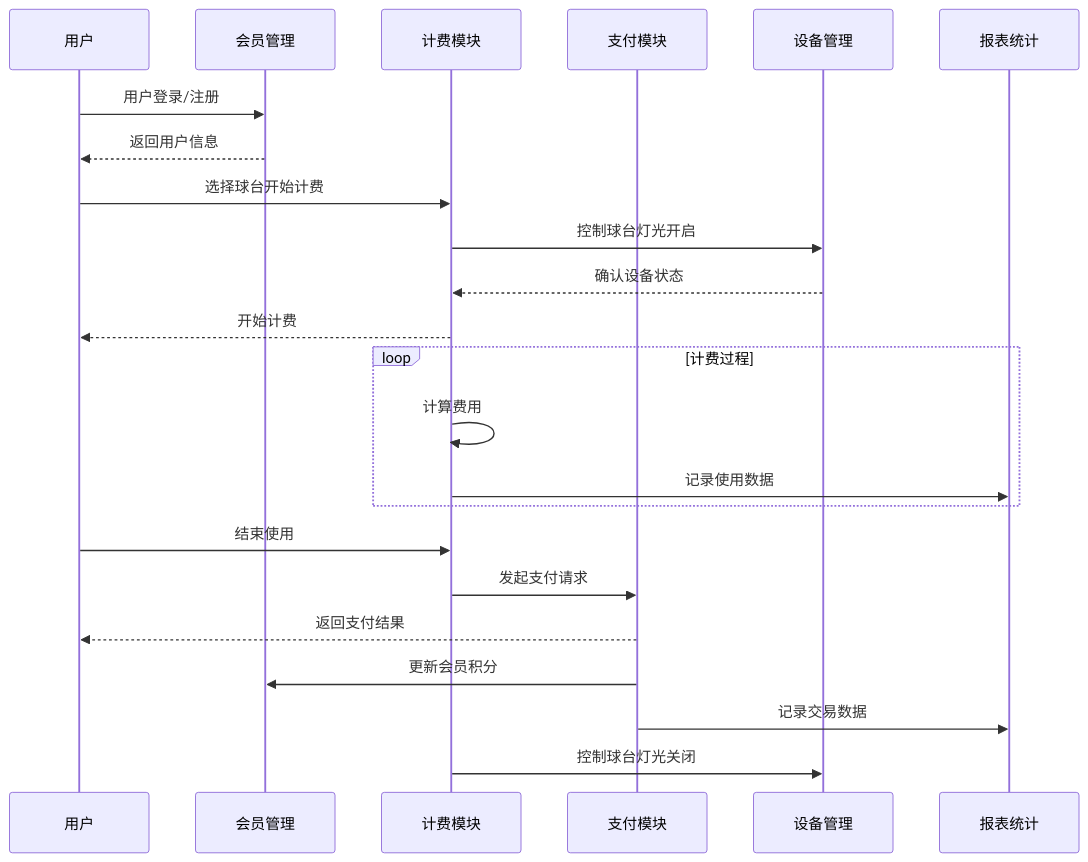
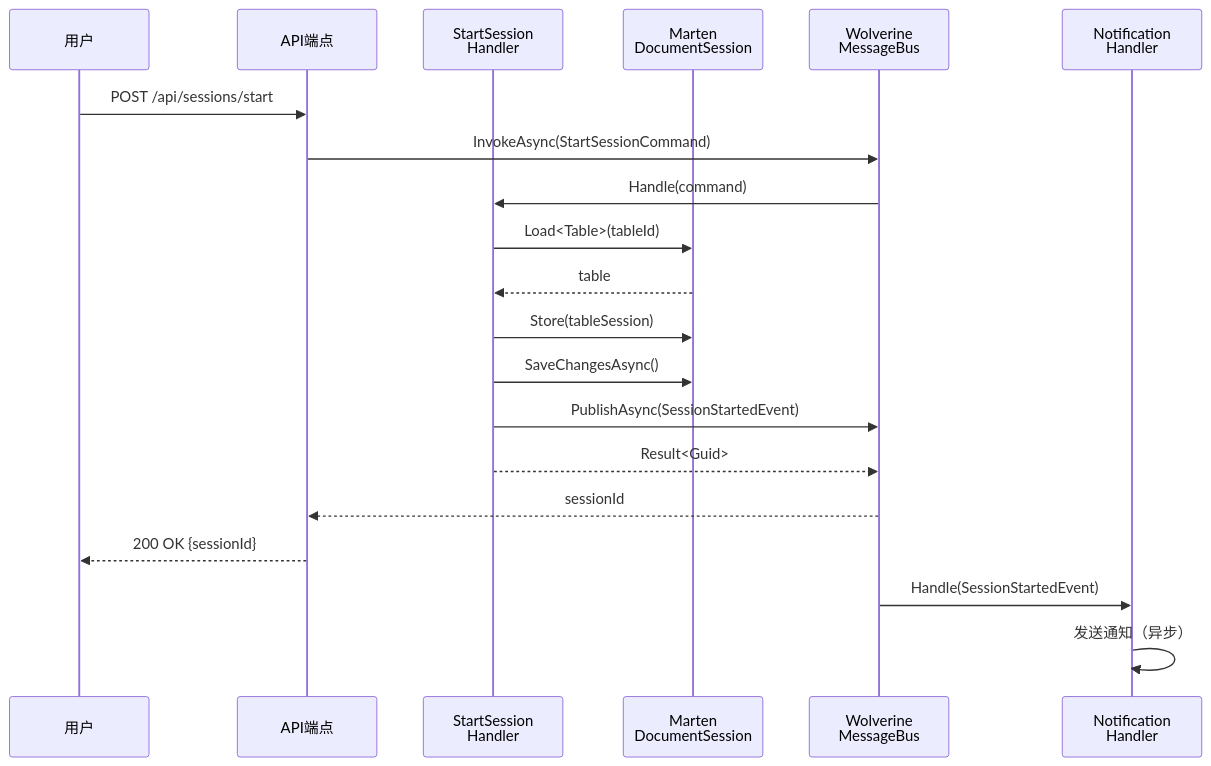
Before and after one commit to douhuaa/Zss.BilliardHall: the third of 4 diagrams in doc/04_模块设计/README.md, drawn with Mermaid. The commit also changed other lines of this file and 1 other file, not shown here.

````diff
--- a/doc/04_模块设计/README.md
+++ b/doc/04_模块设计/README.md
@@ -104,30 +173,27 @@
 ```mermaid
 sequenceDiagram
     participant U as 用户
-    participant M as 会员管理
-    participant B as 计费模块
-    participant P as 支付模块
-    participant D as 设备管理
-    participant R as 报表统计
+    participant API as API端点
+    participant StartHandler as StartSession<br/>Handler
+    participant Marten as Marten<br/>DocumentSession
+    participant Bus as Wolverine<br/>MessageBus
+    participant NotifyHandler as Notification<br/>Handler
     
-    U->>M: 用户登录/注册
-    M-->>U: 返回用户信息
+    U->>API: POST /api/sessions/start
+    API->>Bus: InvokeAsync(StartSessionCommand)
+    Bus->>StartHandler: Handle(command)
     
-    U->>B: 选择球台开始计费
-    B->>D: 控制球台灯光开启
-    D-->>B: 确认设备状态
-    B-->>U: 开始计费
+    StartHandler->>Marten: Load<Table>(tableId)
+    Marten-->>StartHandler: table
     
-    loop 计费过程
-        B->>B: 计算费用
-        B->>R: 记录使用数据
-    end
+    StartHandler->>Marten: Store(tableSession)
+    StartHandler->>Marten: SaveChangesAsync()
     
-    U->>B: 结束使用
-    B->>P: 发起支付请求
-    P-->>U: 返回支付结果
+    StartHandler->>Bus: PublishAsync(SessionStartedEvent)
+    StartHandler-->>Bus: Result<Guid>
+    Bus-->>API: sessionId
+    API-->>U: 200 OK {sessionId}
     
-    P->>M: 更新会员积分
-    P->>R: 记录交易数据
-    B->>D: 控制球台灯光关闭
+    Bus->>NotifyHandler: Handle(SessionStartedEvent)
+    NotifyHandler->>NotifyHandler: 发送通知（异步）
 ```
````
